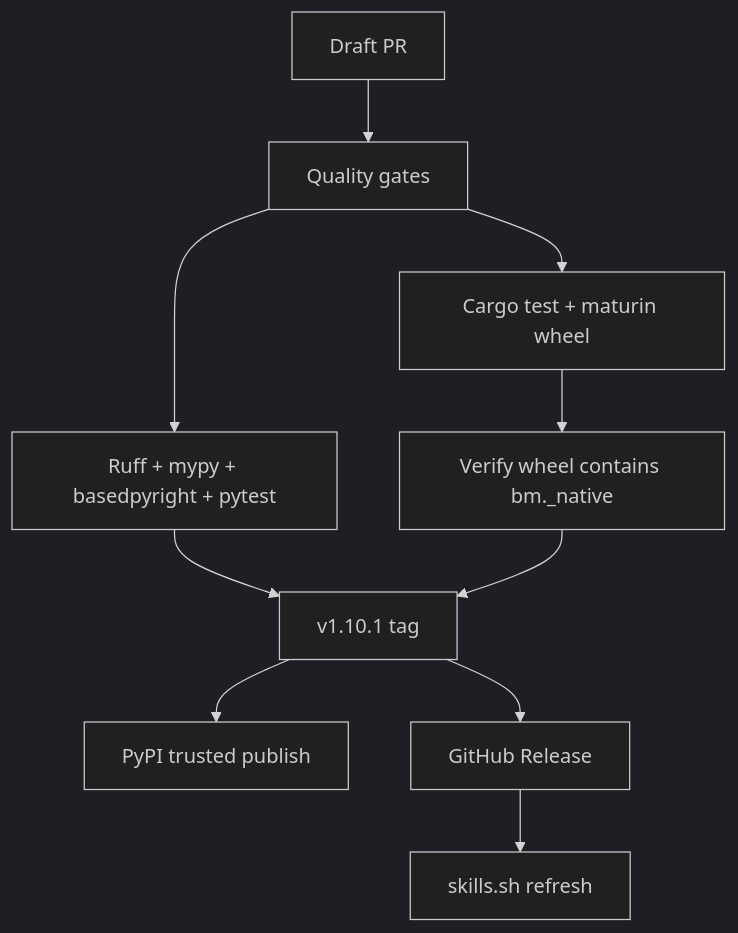
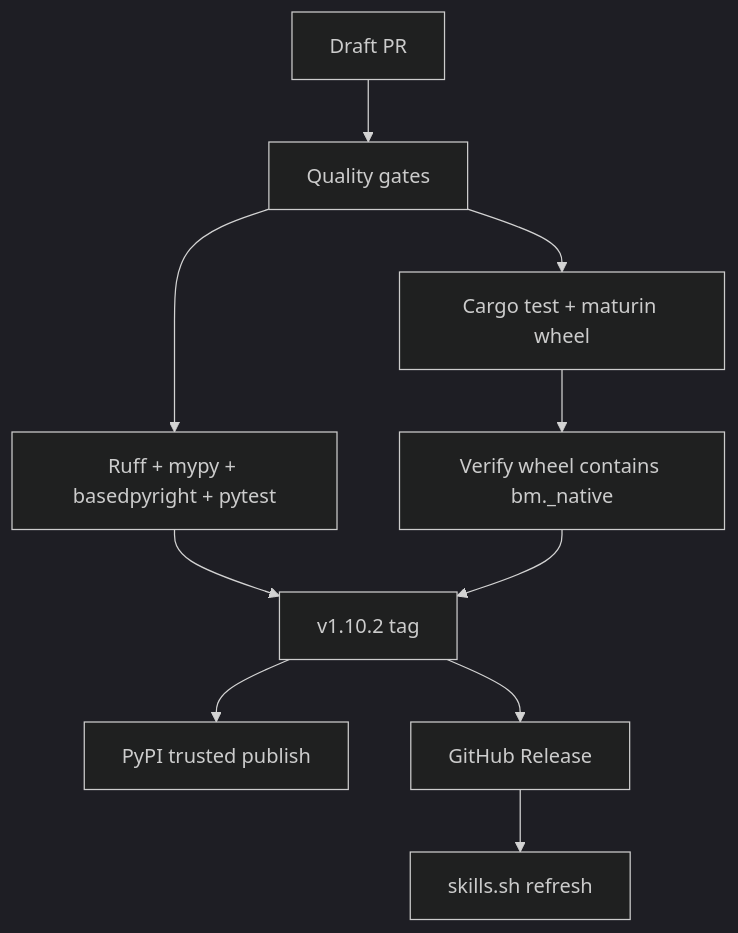
One commit to Benmore-Studio/Benmore-Meridian changed the second of 2 diagrams in README.md. Above: the diagram before and after it, drawn with Mermaid (dark theme). The commit also changed other lines of this file and 11 other files, not shown here.

````diff
--- a/README.md
+++ b/README.md
@@ -87,12 +89,12 @@
 ```mermaid
 flowchart TD
     pr[Draft PR] --> gates[Quality gates]
     gates --> python[Ruff + mypy + basedpyright + pytest]
     gates --> rust[Cargo test + maturin wheel]
     rust --> verify[Verify wheel contains bm._native]
-    python --> tag[v1.10.1 tag]
+    python --> tag[v1.10.2 tag]
     verify --> tag
     tag --> publish[PyPI trusted publish]
     tag --> release[GitHub Release]
     release --> skills[skills.sh refresh]
 ```
````
